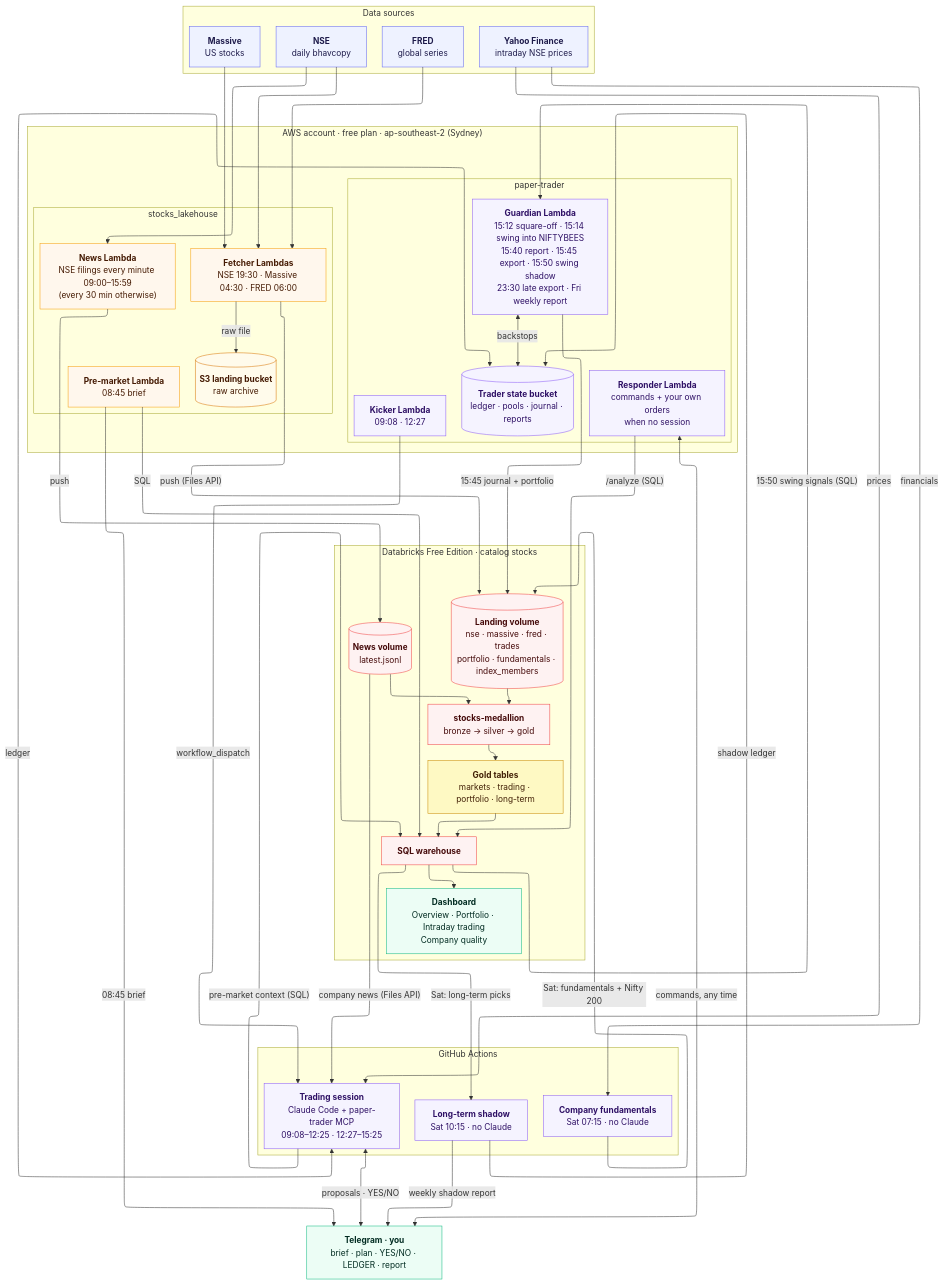
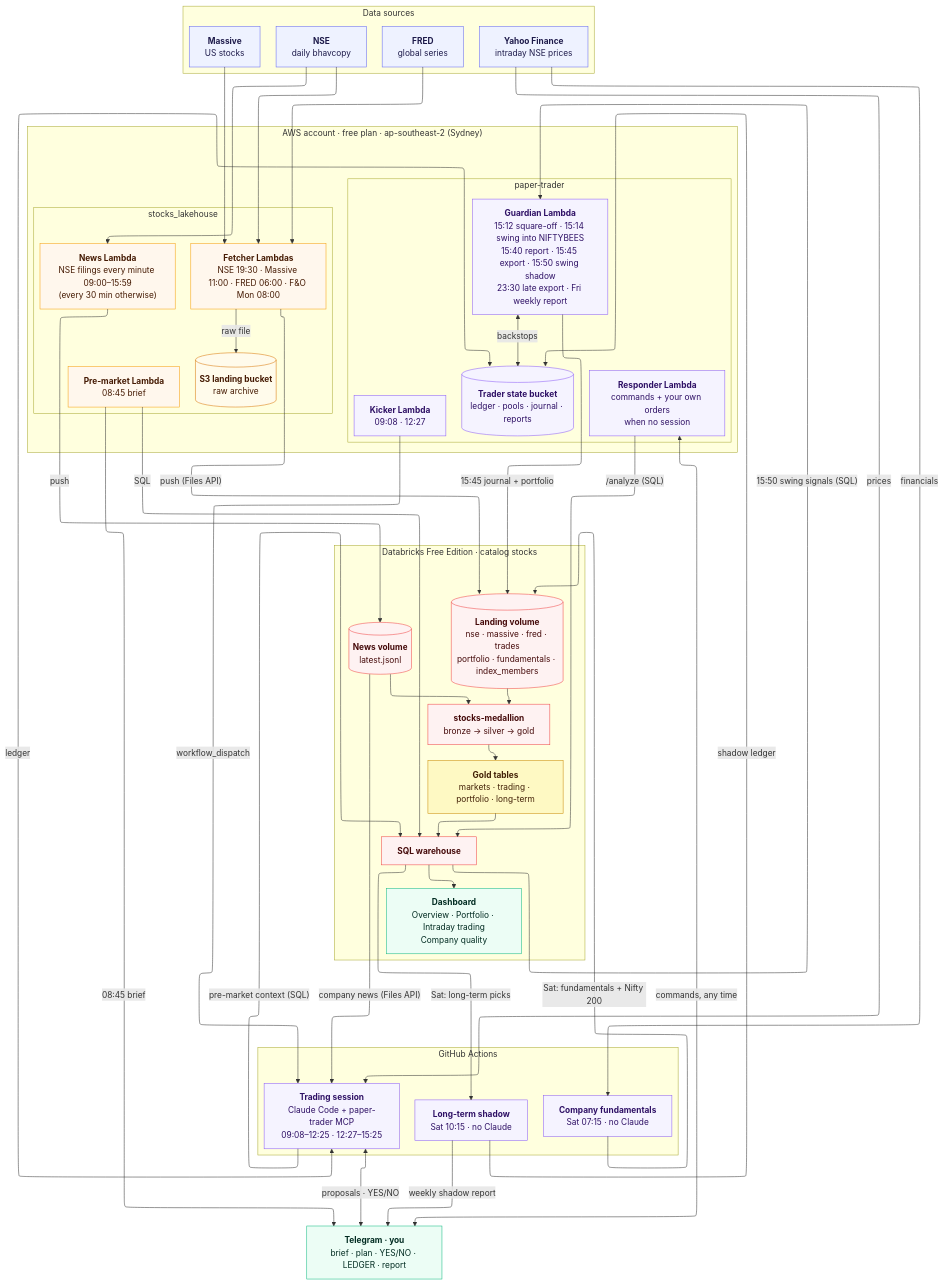
One commit to bumblebee26/stocks_lakehouse changed the diagram in docs/diagrams/05_platform.mmd. Above: the diagram before and after it, drawn with Mermaid. The commit also changed 8 other files, not shown here.

First line of the commit message:
Docs: shared system plan and platform for the scanner, India-first brief, freshness rule; diagrams

```diff
--- a/docs/diagrams/05_platform.mmd
+++ b/docs/diagrams/05_platform.mmd
@@ -1,96 +1,96 @@
 ---
 config:
   layout: elk
   elk:
     mergeEdges: false
     nodePlacementStrategy: NETWORK_SIMPLEX
 ---
 %% Shared platform view: stocks_lakehouse + paper-trader.
 %% The same file lives in bumblebee26/paper-trader as docs/diagrams/01_platform.mmd; keep them identical.
 %% Secrets (SSM) and deployments (CI/CD) are left out on purpose: see 04_cicd and the security tables.
 flowchart TB
     subgraph SRC["Data sources"]
         direction LR
         NSE["<b>NSE</b><br/>daily bhavcopy"]
         MAS["<b>Massive</b><br/>US stocks"]
         FRED["<b>FRED</b><br/>global series"]
         YF["<b>Yahoo Finance</b><br/>intraday NSE prices"]
     end
 
     subgraph AWS["AWS account · free plan · ap-southeast-2 (Sydney)"]
         direction LR
         subgraph LHA["stocks_lakehouse"]
             direction TB
-            FET["<b>Fetcher Lambdas</b><br/>NSE 19:30 · Massive 04:30 · FRED 06:00"]
+            FET["<b>Fetcher Lambdas</b><br/>NSE 19:30 · Massive 11:00 · FRED 06:00 · F&amp;O Mon 08:00"]
             S3L[("<b>S3 landing bucket</b><br/>raw archive")]
             PM["<b>Pre-market Lambda</b><br/>08:45 brief"]
             NEWS["<b>News Lambda</b><br/>NSE filings every minute 09:00–15:59<br/>(every 30 min otherwise)"]
         end
         subgraph PTA["paper-trader"]
             direction TB
             KICK["<b>Kicker Lambda</b><br/>09:08 · 12:27"]
             GUARD["<b>Guardian Lambda</b><br/>15:12 square-off · 15:14 swing into NIFTYBEES<br/>15:40 report · 15:45 export · 15:50 swing shadow<br/>23:30 late export · Fri weekly report"]
             S3T[("<b>Trader state bucket</b><br/>ledger · pools · journal · reports")]
             RESP["<b>Responder Lambda</b><br/>commands + your own orders<br/>when no session"]
         end
     end
 
     subgraph GHA["GitHub Actions"]
         direction TB
         SESS["<b>Trading session</b><br/>Claude Code + paper-trader MCP<br/>09:08–12:25 · 12:27–15:25"]
         FUND["<b>Company fundamentals</b><br/>Sat 07:15 · no Claude"]
         SHAD["<b>Long-term shadow</b><br/>Sat 10:15 · no Claude"]
     end
 
     subgraph DBX["Databricks Free Edition · catalog stocks"]
         direction TB
         VOL[("<b>Landing volume</b><br/>nse · massive · fred · trades<br/>portfolio · fundamentals · index_members")]
         NVOL[("<b>News volume</b><br/>latest.jsonl")]
         PIPE["<b>stocks-medallion</b><br/>bronze → silver → gold"]
         GOLD["<b>Gold tables</b><br/>markets · trading · portfolio · long-term"]
         WH["<b>SQL warehouse</b>"]
         DASH["<b>Dashboard</b><br/>Overview · Portfolio · Intraday trading<br/>Company quality"]
         VOL --> PIPE --> GOLD --> WH --> DASH
         NVOL --> PIPE
     end
 
     TG["<b>Telegram · you</b><br/>brief · plan · YES/NO · LEDGER · report"]
 
     NSE & MAS & FRED --> FET
     FET -- "raw file" --> S3L
     FET -- "push (Files API)" --> VOL
     NSE --> NEWS
     NEWS -- "push" --> NVOL
     PM -- "SQL" --> WH
     PM -- "08:45 brief" --> TG
     KICK -- "workflow_dispatch" --> SESS
     SESS -- "pre-market context (SQL)" --> WH
     YF -- "prices" --> SESS
     NVOL -- "company news (Files API)" --> SESS
     YF -- "financials" --> FUND
     FUND -- "Sat: fundamentals + Nifty 200" --> VOL
     WH -- "Sat: long-term picks" --> SHAD
     SHAD -- "shadow ledger" --> S3T
     SHAD -- "weekly shadow report" --> TG
     SESS <-- "ledger" --> S3T
     SESS <-- "proposals · YES/NO" --> TG
     GUARD <-- "backstops" --> S3T
     GUARD -- "15:45 journal + portfolio" --> VOL
     WH -- "15:50 swing signals (SQL)" --> GUARD
     RESP <-- "commands, any time" --> TG
     RESP -- "/analyze (SQL)" --> WH
 
     classDef ext fill:#eef2ff,stroke:#6366f1,color:#1e1b4b
     classDef aws fill:#fff7ed,stroke:#f59e0b,color:#451a03
     classDef store fill:#fffbeb,stroke:#d97706,color:#451a03
     classDef trader fill:#f5f3ff,stroke:#8b5cf6,color:#2e1065
     classDef dbx fill:#fef2f2,stroke:#ef4444,color:#450a0a
     classDef gold fill:#fef9c3,stroke:#ca8a04,color:#422006
     classDef out fill:#ecfdf5,stroke:#10b981,color:#022c22
     class NSE,MAS,FRED,YF ext
     class FET,PM,NEWS aws
     class S3L store
     class KICK,GUARD,S3T,SESS,RESP,FUND,SHAD trader
     class VOL,NVOL,PIPE,WH dbx
     class GOLD gold
     class DASH,TG out
```
